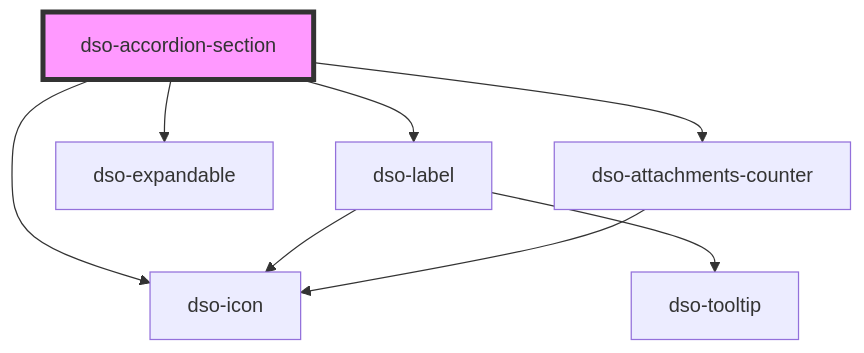
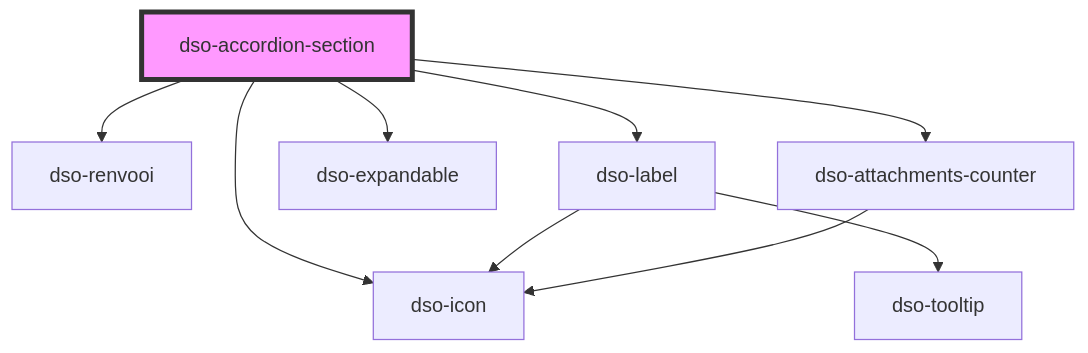
Before and after one commit to dso-toolkit/dso-toolkit: the diagram in packages/core/src/components/accordion/components/readme.md, drawn with Mermaid. The commit also changed other lines of this file and 16 other files, not shown here.

Commit message:
#2857 [Added] Accordion: Ondersteuning voor renvooi en wijzigactie

````diff
--- a/packages/core/src/components/accordion/components/readme.md
+++ b/packages/core/src/components/accordion/components/readme.md
@@ -55,11 +57,12 @@
 ```mermaid
 graph TD;
+  dso-accordion-section --> dso-renvooi
   dso-accordion-section --> dso-label
   dso-accordion-section --> dso-icon
   dso-accordion-section --> dso-expandable
   dso-accordion-section --> dso-attachments-counter
   dso-label --> dso-icon
   dso-label --> dso-tooltip
   dso-attachments-counter --> dso-icon
   style dso-accordion-section fill:#f9f,stroke:#333,stroke-width:4px
 ```
````
